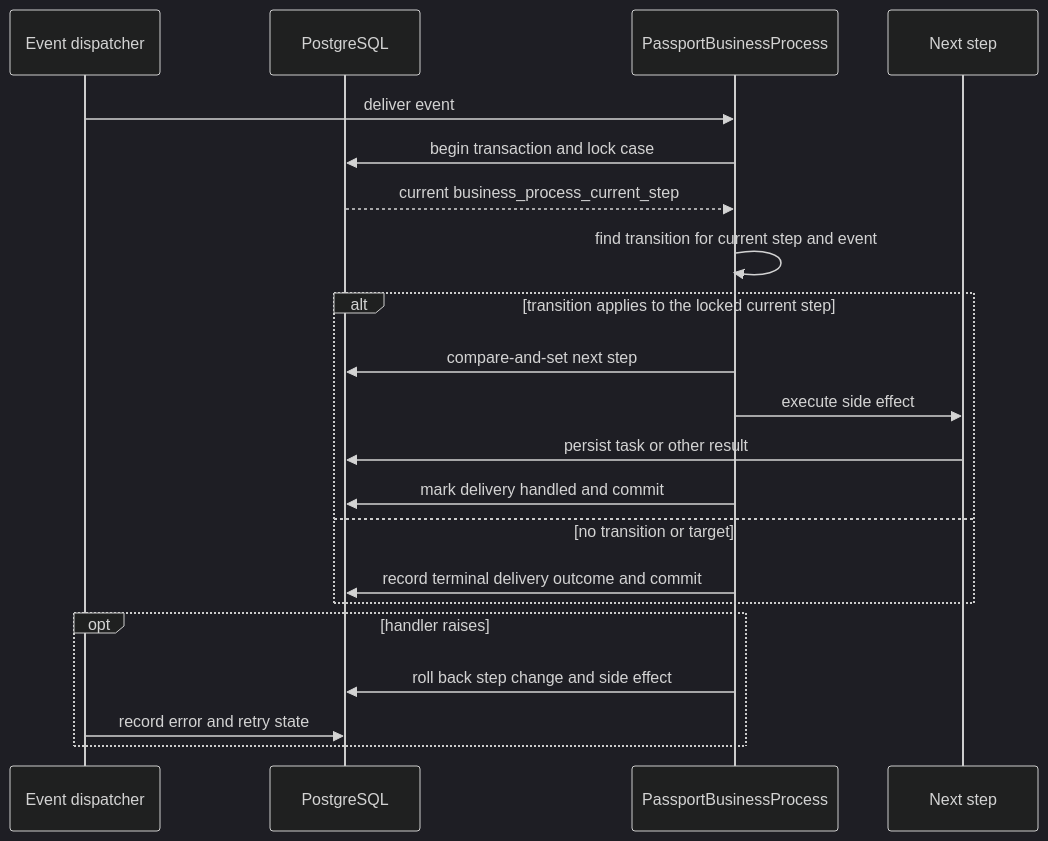
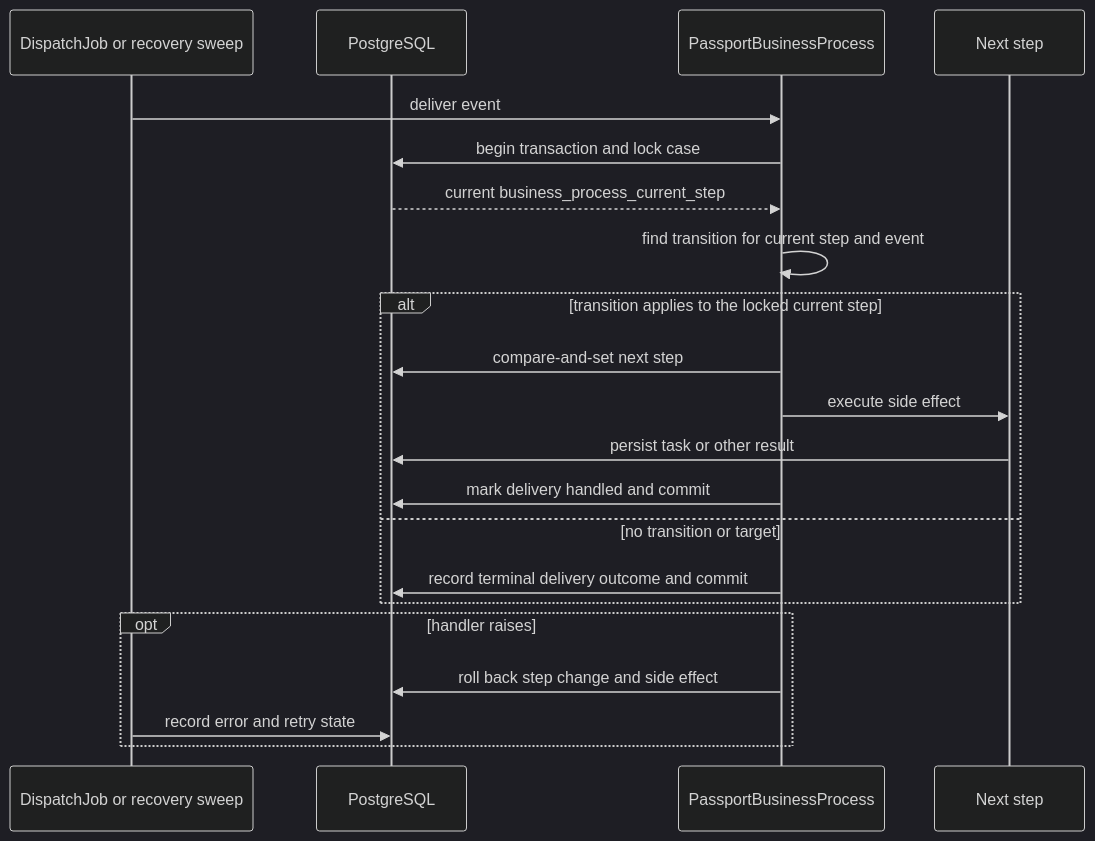
One commit to navapbc/flex-sdk changed the third of 3 diagrams in docs/contributing/business-process-sequence-diagram.md. Above: the diagram before and after it, drawn with Mermaid (dark theme). The commit also changed other lines of this file and 26 other files, not shown here.

Commit message:
Simplify durable event dispatch

````diff
--- a/docs/contributing/business-process-sequence-diagram.md
+++ b/docs/contributing/business-process-sequence-diagram.md
@@ -42,24 +43,24 @@
 ```mermaid
 sequenceDiagram
-  participant Dispatcher as Event dispatcher
+  participant Job as DispatchJob or recovery sweep
   participant DB as PostgreSQL
   participant BP as PassportBusinessProcess
   participant Step as Next step
 
-  Dispatcher ->> BP: deliver event
+  Job ->> BP: deliver event
   BP ->> DB: begin transaction and lock case
   DB -->> BP: current business_process_current_step
   BP ->> BP: find transition for current step and event
   alt transition applies to the locked current step
     BP ->> DB: compare-and-set next step
     BP ->> Step: execute side effect
     Step ->> DB: persist task or other result
     BP ->> DB: mark delivery handled and commit
   else no transition or target
     BP ->> DB: record terminal delivery outcome and commit
   end
   opt handler raises
     BP ->> DB: roll back step change and side effect
-    Dispatcher ->> DB: record error and retry state
+    Job ->> DB: record error and retry state
   end
 ```
````
